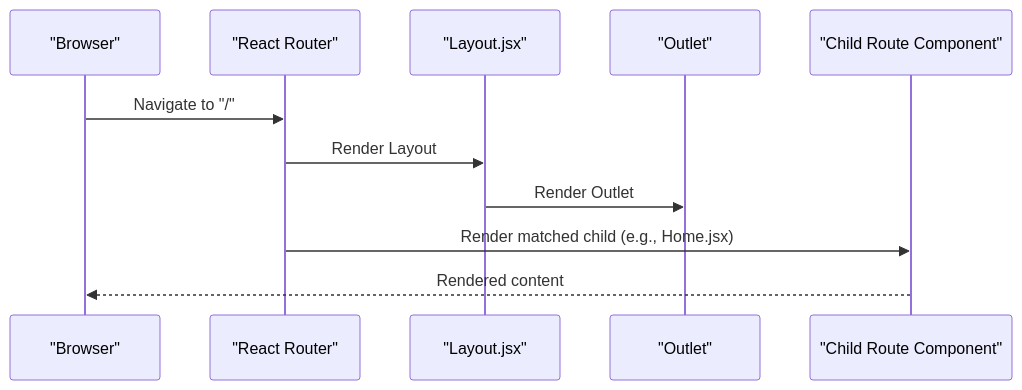
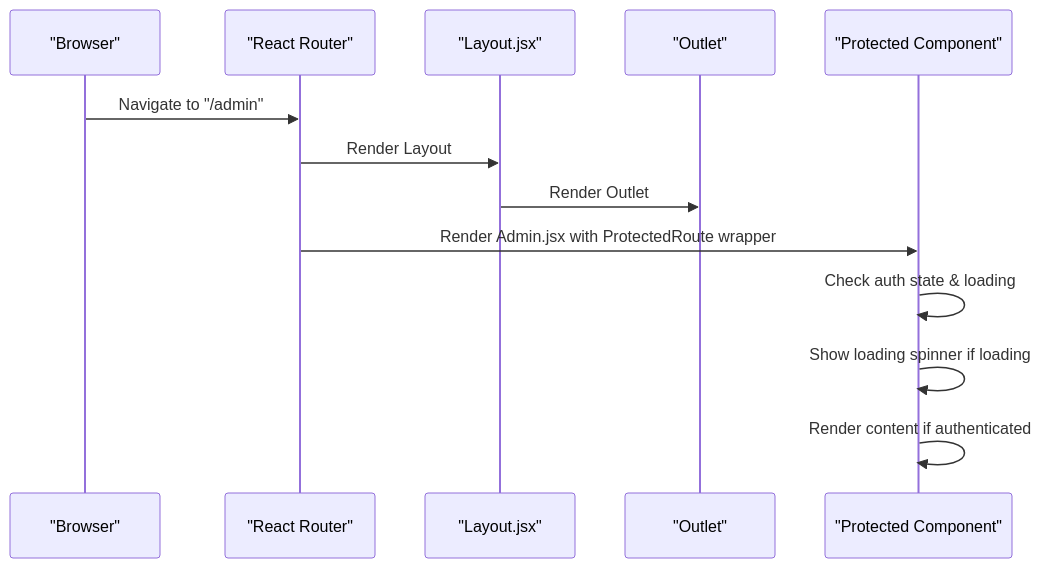
The sixth of 12 diagrams in .qoder/repowiki/en/content/Frontend Architecture/Routing System & Navigation.md (Aryan9060/Timetable-Project), drawn with Mermaid before and after one commit. The commit also changed other lines of this file and 7 other files, not shown here.

````diff
--- a/.qoder/repowiki/en/content/Frontend Architecture/Routing System & Navigation.md
+++ b/.qoder/repowiki/en/content/Frontend Architecture/Routing System & Navigation.md
@@ -155,13 +276,15 @@
 ```mermaid
 sequenceDiagram
 participant Browser as "Browser"
 participant Router as "React Router"
 participant Layout as "Layout.jsx"
 participant Outlet as "Outlet"
-participant Child as "Child Route Component"
-Browser->>Router : Navigate to "/"
+participant Child as "Protected Component"
+Browser->>Router : Navigate to "/admin"
 Router->>Layout : Render Layout
 Layout->>Outlet : Render Outlet
-Router->>Child : Render matched child (e.g., Home.jsx)
-Child-->>Browser : Rendered content
+Router->>Child : Render Admin.jsx with ProtectedRoute wrapper
+Child->>Child : Check auth state & loading
+Child->>Child : Show loading spinner if loading
+Child->>Child : Render content if authenticated
 ```
````
